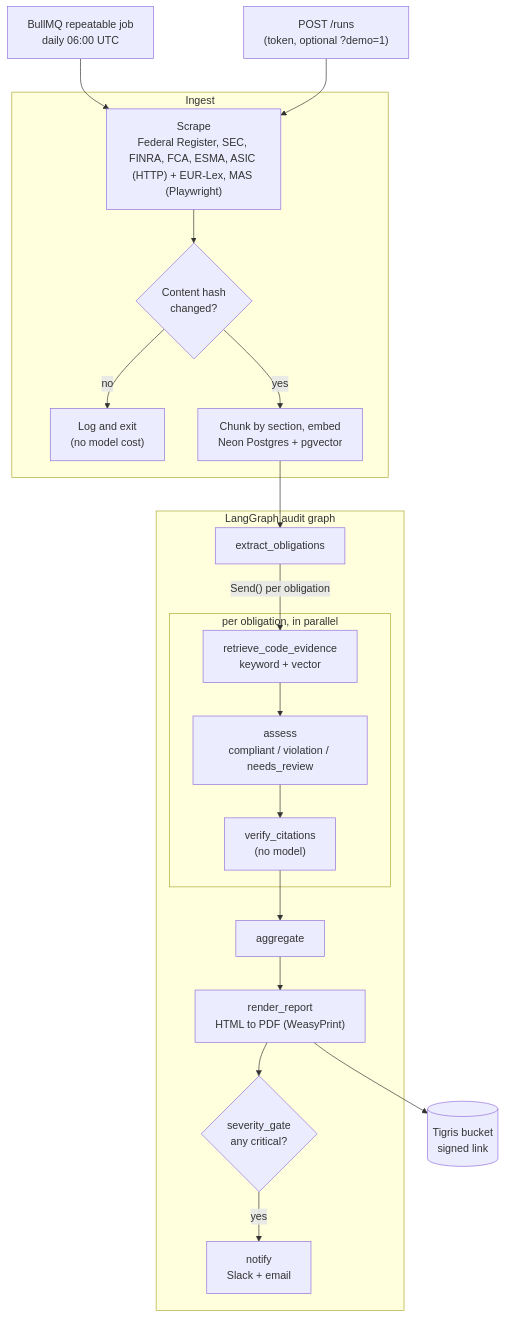
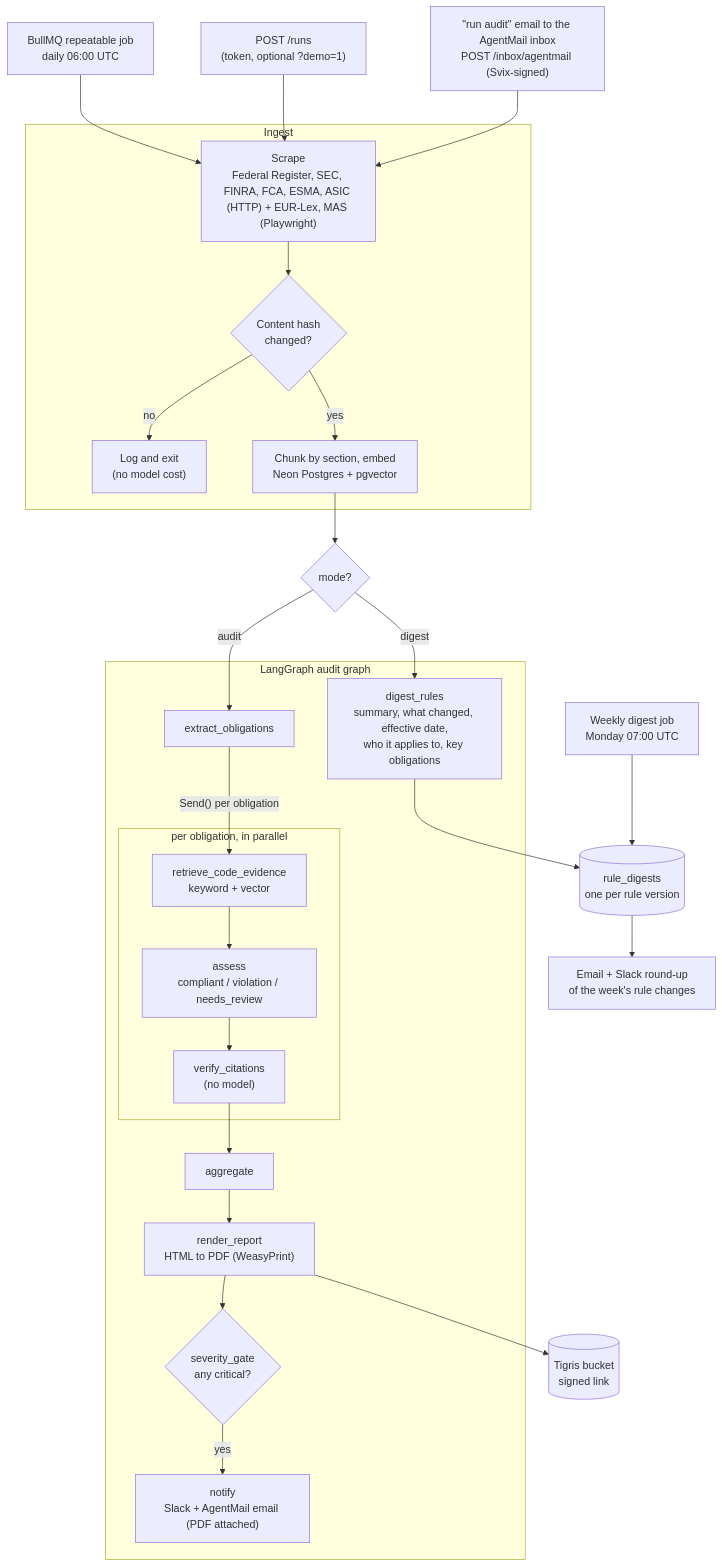
Before and after one commit to gengirish/compliance-sentinel: the diagram in README.md, drawn with Mermaid. The commit also changed other lines of this file, not shown here.

Commit message:
README: Claude audit verified (run 15), AgentMail status, digest and inbox in the pipeline diagram

````diff
--- a/README.md
+++ b/README.md
@@ -44,27 +45,34 @@
 ```mermaid
 flowchart TD
     cron["BullMQ repeatable job<br/>daily 06:00 UTC"] --> scrape
     manual["POST /runs<br/>(token, optional ?demo=1)"] --> scrape
+    inbox["#quot;run audit#quot; email to the AgentMail inbox<br/>POST /inbox/agentmail (Svix-signed)"] --> scrape
 
     subgraph ing [Ingest]
         scrape["Scrape<br/>Federal Register, SEC, FINRA, FCA, ESMA, ASIC (HTTP) + EUR-Lex, MAS (Playwright)"] --> diff{"Content hash<br/>changed?"}
         diff -- no --> skip["Log and exit<br/>(no model cost)"]
         diff -- yes --> embed["Chunk by section, embed<br/>Neon Postgres + pgvector"]
     end
 
-    embed --> extract
+    embed --> mode{"mode?"}
+    mode -- audit --> extract
+    mode -- digest --> digest
 
     subgraph audit [LangGraph audit graph]
+        digest["digest_rules<br/>summary, what changed, effective date,<br/>who it applies to, key obligations"]
         extract["extract_obligations"] -->|"Send() per obligation"| retrieve
         subgraph per [per obligation, in parallel]
             retrieve["retrieve_code_evidence<br/>keyword + vector"] --> assess["assess<br/>compliant / violation / needs_review"]
             assess --> verify["verify_citations<br/>(no model)"]
         end
         verify --> aggregate["aggregate"]
         aggregate --> render["render_report<br/>HTML to PDF (WeasyPrint)"]
         render --> gate{"severity_gate<br/>any critical?"}
-        gate -- yes --> notify["notify<br/>Slack + email"]
+        gate -- yes --> notify["notify<br/>Slack + AgentMail email (PDF attached)"]
     end
 
     render --> store[("Tigris bucket<br/>signed link")]
+    digest --> digests[("rule_digests<br/>one per rule version")]
+    weekly["Weekly digest job<br/>Monday 07:00 UTC"] --> digests
+    digests --> roundup["Email + Slack round-up<br/>of the week's rule changes"]
 ```
````
